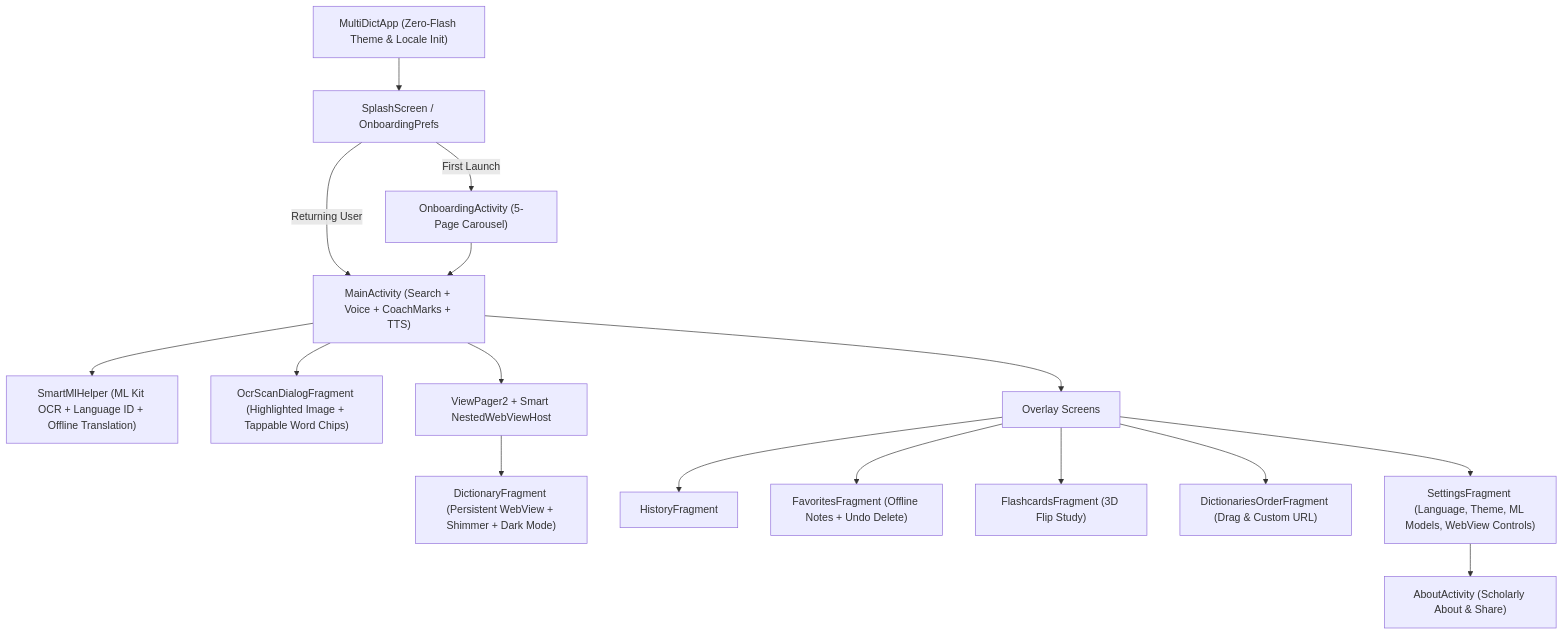
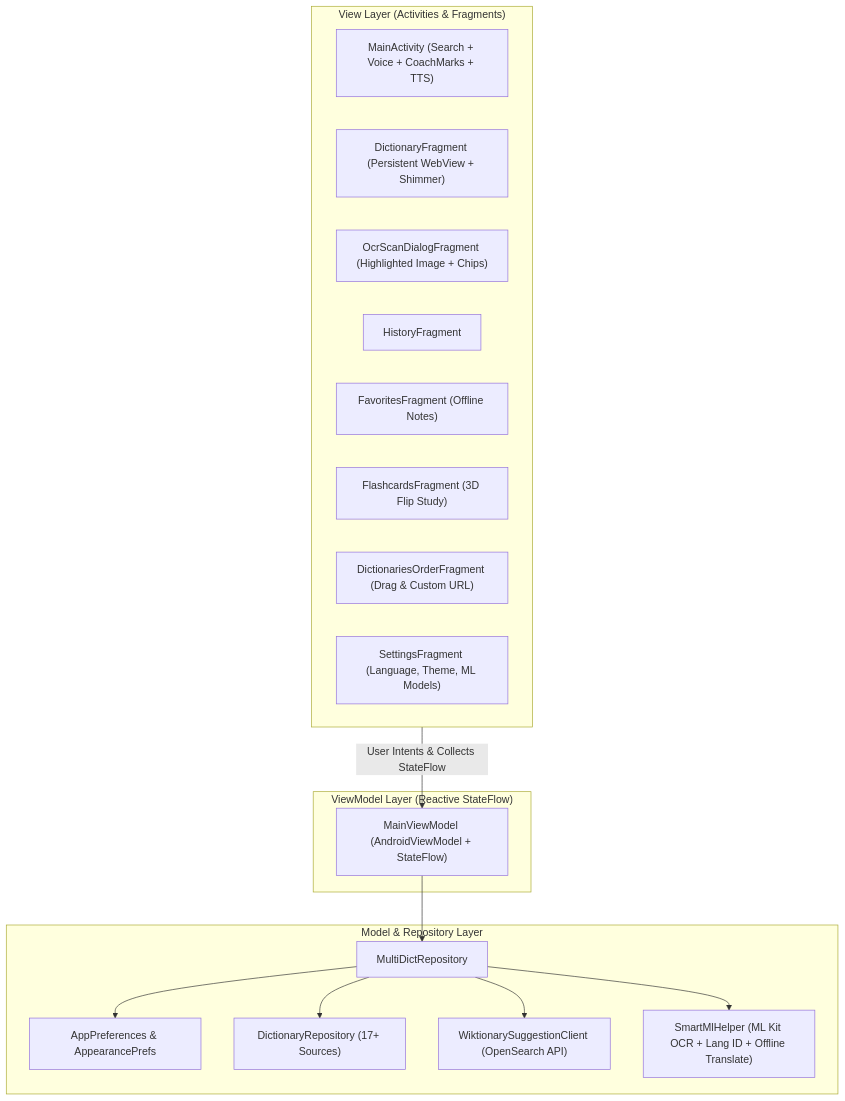
The diagram in README.md (mohamedadel452/MultiDict), drawn with Mermaid before and after one commit. The commit also changed other lines of this file and 10 other files, not shown here.

Commit message:
Refactor app architecture to MVVM (Repository + MainViewModel + StateFlow)

````diff
--- a/README.md
+++ b/README.md
@@ -88,20 +90,32 @@
 ```mermaid
 flowchart TD
-    App["MultiDictApp (Zero-Flash Theme & Locale Init)"] --> Splash["SplashScreen / OnboardingPrefs"]
-    Splash -->|First Launch| Onboarding["OnboardingActivity (5-Page Carousel)"]
-    Splash -->|Returning User| Main["MainActivity (Search + Voice + CoachMarks + TTS)"]
-    Onboarding --> Main
+    subgraph View ["View Layer (Activities & Fragments)"]
+        Main["MainActivity (Search + Voice + CoachMarks + TTS)"]
+        DictFrag["DictionaryFragment (Persistent WebView + Shimmer)"]
+        OcrSheet["OcrScanDialogFragment (Highlighted Image + Chips)"]
+        History["HistoryFragment"]
+        Favorites["FavoritesFragment (Offline Notes)"]
+        Flashcards["FlashcardsFragment (3D Flip Study)"]
+        DictOrder["DictionariesOrderFragment (Drag & Custom URL)"]
+        Settings["SettingsFragment (Language, Theme, ML Models)"]
+    end
 
-    Main --> SmartML["SmartMlHelper (ML Kit OCR + Language ID + Offline Translation)"]
-    Main --> OcrSheet["OcrScanDialogFragment (Highlighted Image + Tappable Word Chips)"]
-    Main --> Pager["ViewPager2 + Smart NestedWebViewHost"]
-    Pager --> DictFrag["DictionaryFragment (Persistent WebView + Shimmer + Dark Mode)"]
+    subgraph VM ["ViewModel Layer (Reactive StateFlow)"]
+        MainVM["MainViewModel (AndroidViewModel + StateFlow)"]
+    end
 
-    Main --> Overlays["Overlay Screens"]
-    Overlays --> History["HistoryFragment"]
-    Overlays --> Favorites["FavoritesFragment (Offline Notes + Undo Delete)"]
-    Overlays --> Flashcards["FlashcardsFragment (3D Flip Study)"]
-    Overlays --> DictOrder["DictionariesOrderFragment (Drag & Custom URL)"]
-    Overlays --> Settings["SettingsFragment (Language, Theme, ML Models, WebView Controls)"]
-    Settings --> About["AboutActivity (Scholarly About & Share)"]
+    subgraph Model ["Model & Repository Layer"]
+        Repo["MultiDictRepository"]
+        Prefs["AppPreferences & AppearancePrefs"]
+        DictRepo["DictionaryRepository (17+ Sources)"]
+        Wiki["WiktionarySuggestionClient (OpenSearch API)"]
+        SmartML["SmartMlHelper (ML Kit OCR + Lang ID + Offline Translate)"]
+    end
+
+    View -->|User Intents & Collects StateFlow| MainVM
+    MainVM --> Repo
+    Repo --> Prefs
+    Repo --> DictRepo
+    Repo --> Wiki
+    Repo --> SmartML
 ```
````
